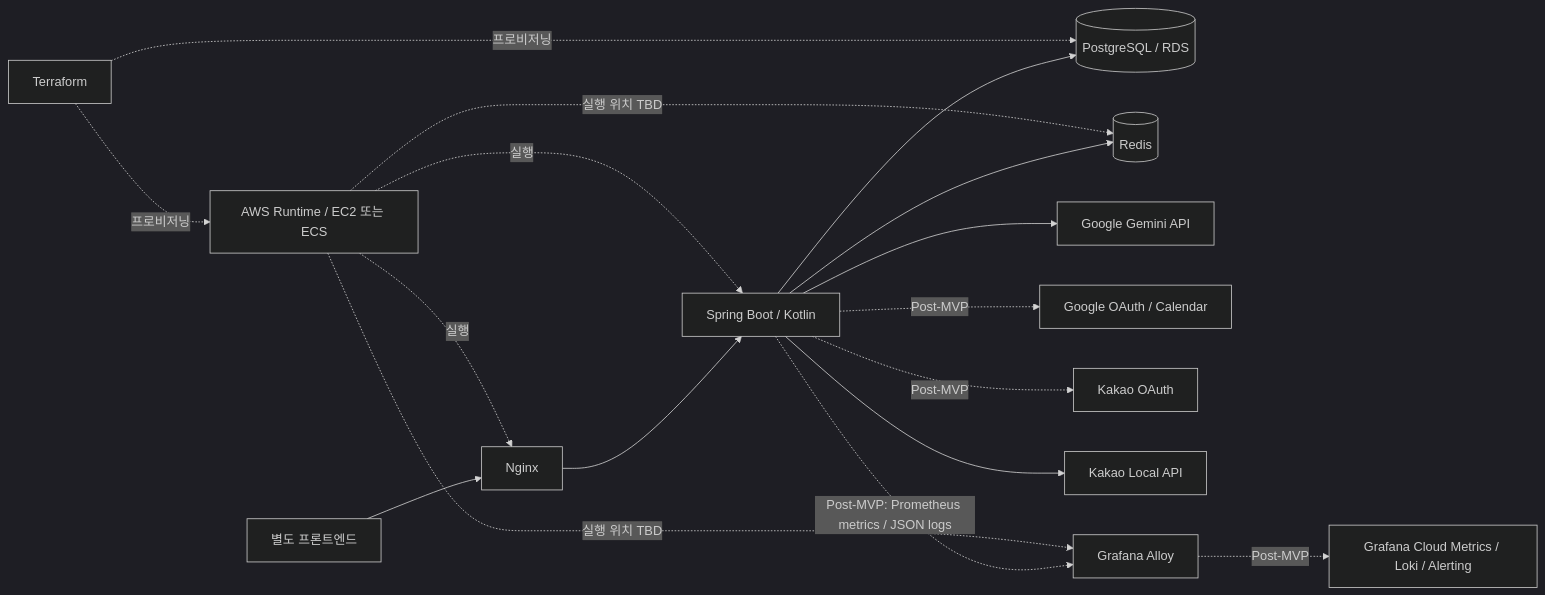
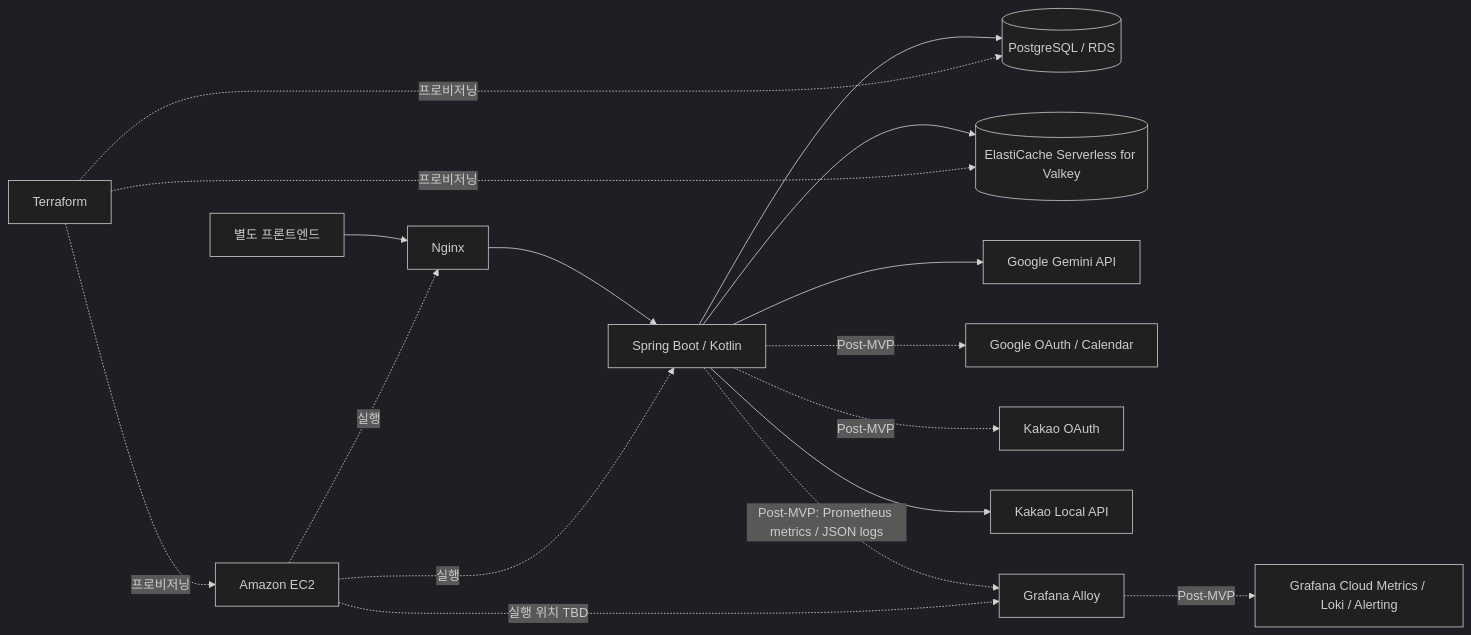
The diagram in docs/ARCHITECTURE.md (meet-me-duo/meet-me-server), drawn with Mermaid (dark theme) before and after one commit. The commit also changed other lines of this file and 49 other files, not shown here.

````diff
--- a/docs/ARCHITECTURE.md
+++ b/docs/ARCHITECTURE.md
@@ -43,21 +43,21 @@
 ```mermaid
 flowchart LR
     Client[별도 프론트엔드] --> Nginx[Nginx]
     Nginx --> App[Spring Boot / Kotlin]
 
     App --> Postgres[(PostgreSQL / RDS)]
-    App --> Redis[(Redis)]
+    App --> Redis[(ElastiCache Serverless for Valkey)]
     App --> Gemini[Google Gemini API]
     App -. Post-MVP .-> Google[Google OAuth / Calendar]
     App -. Post-MVP .-> Kakao[Kakao OAuth]
     App --> Map[Kakao Local API]
     App -. Post-MVP: Prometheus metrics / JSON logs .-> Alloy[Grafana Alloy]
     Alloy -. Post-MVP .-> GrafanaCloud[Grafana Cloud Metrics / Loki / Alerting]
 
-    Terraform[Terraform] -. 프로비저닝 .-> Runtime[AWS Runtime / EC2 또는 ECS]
+    Terraform[Terraform] -. 프로비저닝 .-> Runtime[Amazon EC2]
     Terraform -. 프로비저닝 .-> Postgres
     Runtime -. 실행 .-> Nginx
     Runtime -. 실행 .-> App
-    Runtime -. 실행 위치 TBD .-> Redis
+    Terraform -. 프로비저닝 .-> Redis
     Runtime -. 실행 위치 TBD .-> Alloy
 ```
````
